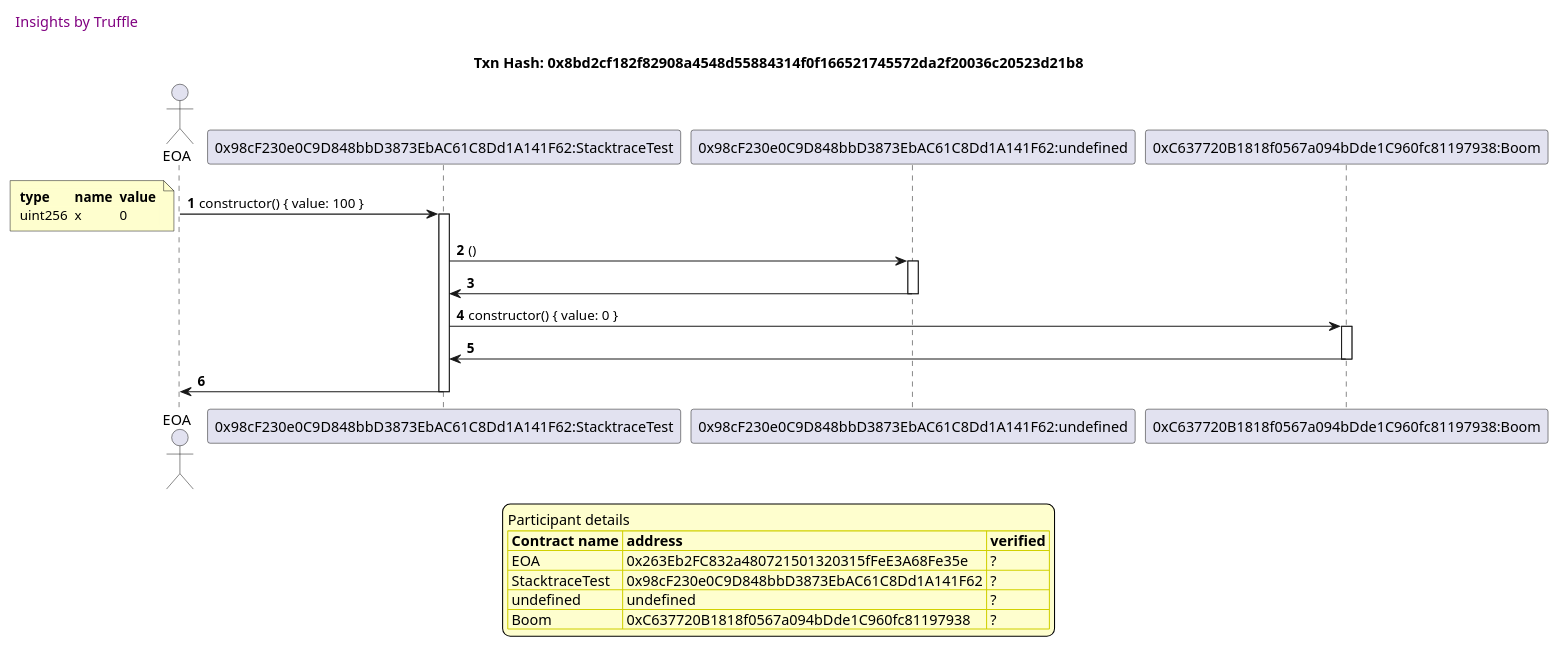
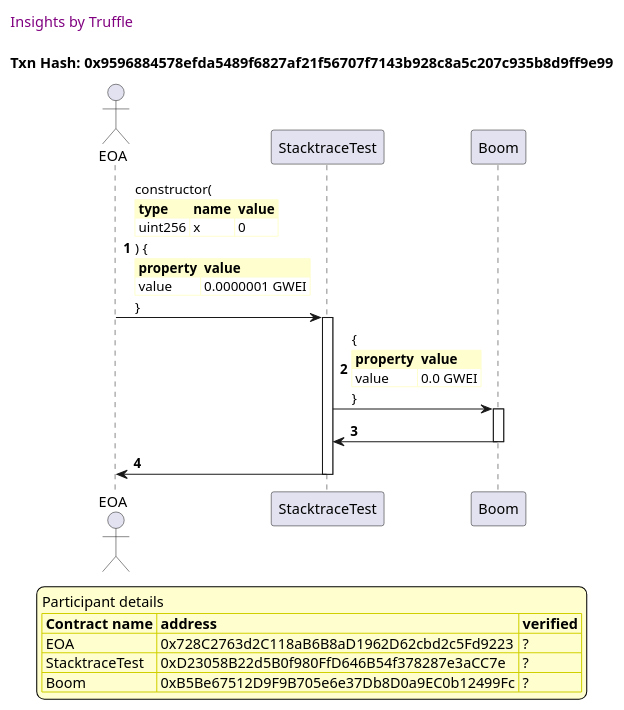
One commit to trufflesuite/txlog-seedlings changed the seventh of 11 diagrams in truffle-seq/stacktrace.test.md. Above: the diagram before and after it, drawn with PlantUML. The commit also changed other lines of this file and 5 other files, not shown here.

````diff
--- a/truffle-seq/stacktrace.test.md
+++ b/truffle-seq/stacktrace.test.md
@@ -403,54 +449,58 @@
 ```plantuml
+
+
 @startuml
 
 autonumber
-
 skinparam legendBackgroundColor #FEFECE
 
 <style>
-
-header {
-  HorizontalAlignment left
-  FontColor purple
-  FontSize 14
-  Padding 10
-}
-
-</style>
-
+      header {
+        HorizontalAlignment left
+        FontColor purple
+        FontSize 14
+        Padding 10
+      }
+    </style>
 
 header Insights by Truffle
 
-title Txn Hash: 0x8bd2cf182f82908a4548d55884314f0f166521745572da2f20036c20523d21b8
+title Txn Hash: 0x9596884578efda5489f6827af21f56707f7143b928c8a5c207c935b8d9ff9e99
+
 
 actor EOA as "EOA"
-participant StacktraceTest_01 as "0x98cF230e0C9D848bbD3873EbAC61C8Dd1A141F62:StacktraceTest"
-participant undefined_01 as "0x98cF230e0C9D848bbD3873EbAC61C8Dd1A141F62:undefined"
-participant Boom_01 as "0xC637720B1818f0567a094bDde1C960fc81197938:Boom"
 
-EOA -> StacktraceTest_01 ++: constructor() { value: 100 }
-note left #FEFECE
-<#FEFECE,#FEFECE>|= type |= name |= value |
-| uint256 | x | 0 |
-end note
+participant StacktraceTest as "StacktraceTest"
 
-StacktraceTest_01 -> undefined_01 ++: () 
-undefined_01 -> StacktraceTest_01 --: 
-StacktraceTest_01 -> Boom_01 ++: constructor() { value: 0 }
-Boom_01 -> StacktraceTest_01 --: 
-StacktraceTest_01 -> EOA --: 
+participant Boom as "Boom"
+
+"EOA" -> "StacktraceTest" ++: constructor(\n\
+<#FEFECE,#FEFECE>|= type |= name |= value |\n\
+| uint256 | x | 0 |\n\
+) {\n\
+<#FEFECE,#FEFECE>|= property |= value|\n\
+| value | 0.0000001 GWEI |\n\
+}
+
+"StacktraceTest" -> "Boom" ++: {\n\
+<#FEFECE,#FEFECE>|= property |= value|\n\
+| value | 0.0 GWEI |\n\
+}
+
+"Boom" -> "StacktraceTest" --: 
+
+"StacktraceTest" -> "EOA" --: 
+
 
 
 legend
 Participant details
 <#FEFECE,#D0D000>|= Contract name |= address |= verified |
-<#FEFECE>| EOA | 0x263Eb2FC832a480721501320315fFeE3A68Fe35e | ? |
-<#FEFECE>| StacktraceTest | 0x98cF230e0C9D848bbD3873EbAC61C8Dd1A141F62 | ? |
-<#FEFECE>| undefined | undefined | ? |
-<#FEFECE>| Boom | 0xC637720B1818f0567a094bDde1C960fc81197938 | ? |
+<#FEFECE>| EOA | 0x728C2763d2C118aB6B8aD1962D62cbd2c5Fd9223 | ? |
+<#FEFECE>| StacktraceTest | 0xD23058B22d5B0f980FfD646B54f378287e3aCC7e | ? |
+<#FEFECE>| Boom | 0xB5Be67512D9F9B705e6e37Db8D0a9EC0b12499Fc | ? |
 endlegend
-
 
 
 @enduml
 ```
````
